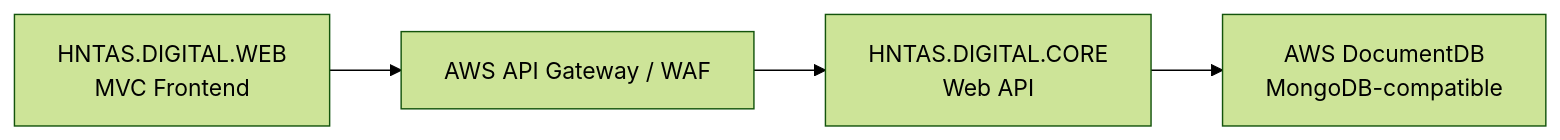
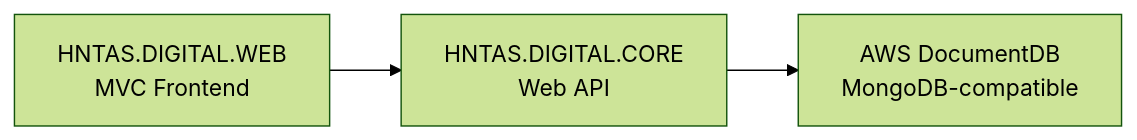
Before and after one commit to Integrated-Corporate-Services/hntas-digital-web: the diagram in README.md, drawn with Mermaid (forest theme).

Commit message:
fix for Architecture

````diff
--- a/README.md
+++ b/README.md
@@ -20,9 +20,8 @@
 ```mermaid
 graph LR
     WEB["HNTAS.DIGITAL.WEB<br/>MVC Frontend"]
-    GATEWAY["AWS API Gateway / WAF"]
     CORE["HNTAS.DIGITAL.CORE<br/>Web API"]
     DB["AWS DocumentDB<br/>MongoDB-compatible"]
 
-    WEB --> GATEWAY --> CORE --> DB
+    WEB --> CORE --> DB
 ```
````
